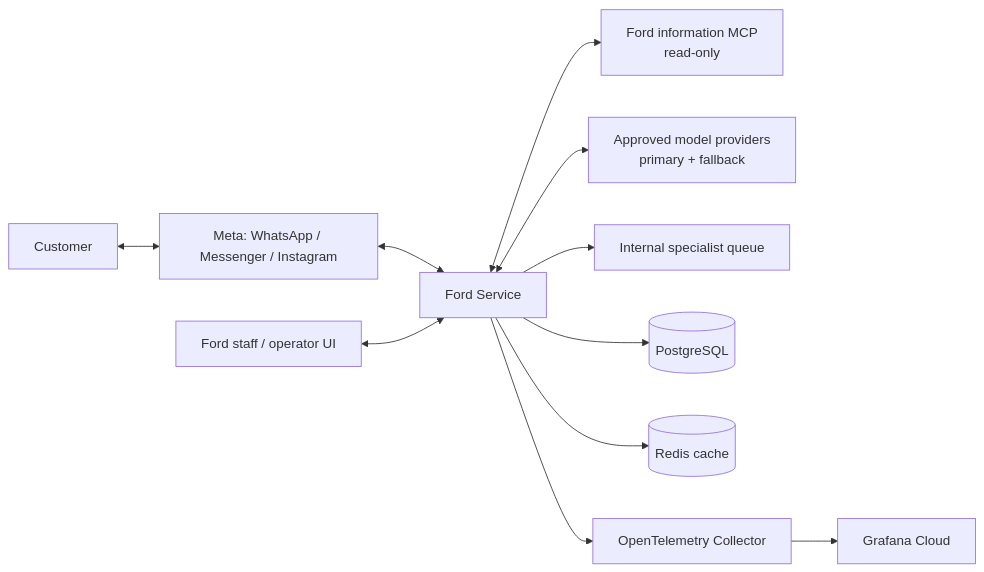
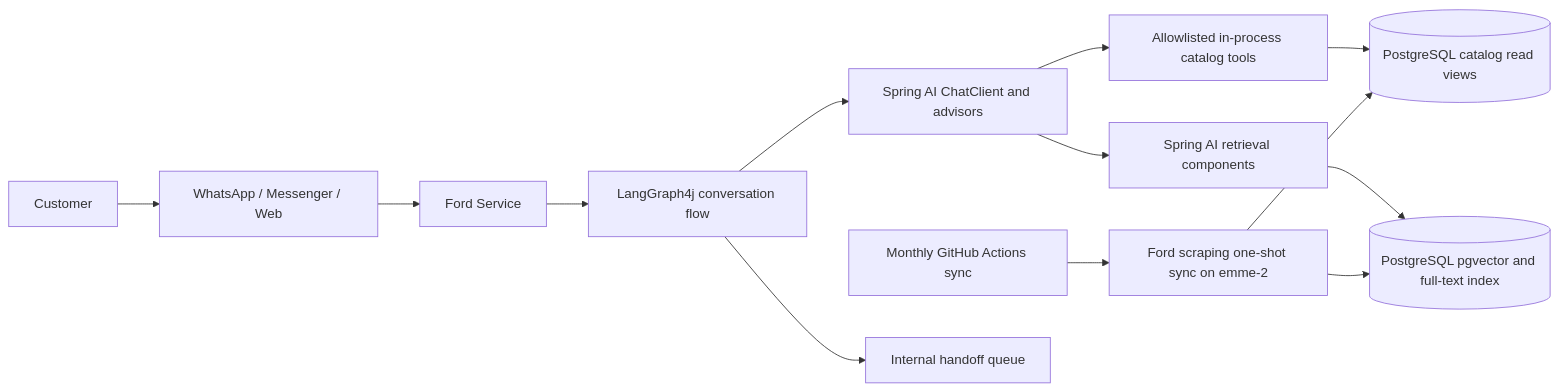
One commit to migangdelzar/Ford-uruapan changed the diagram in docs/architecture/ford-service-enterprise-architecture.md. Above: the diagram before and after it, drawn with Mermaid. The commit also changed other lines of this file and 207 other files, not shown here.

Commit message:
feat(mia): add catalog tools and phase one operations

````diff
--- a/docs/architecture/ford-service-enterprise-architecture.md
+++ b/docs/architecture/ford-service-enterprise-architecture.md
@@ -29,24 +9,15 @@
 ```mermaid
 flowchart LR
-  customer[Customer]
-  meta[Meta: WhatsApp / Messenger / Instagram]
-  service[Ford Service]
-  fordMcp[Ford information MCP<br/>read-only]
-  llm[Approved model providers<br/>primary + fallback]
-  staff[Ford staff / operator UI]
-  queue[Internal specialist queue]
-  data[(PostgreSQL)]
-  cache[(Redis cache)]
-  telemetry[OpenTelemetry Collector]
-  cloud[Grafana Cloud]
-
-  customer <--> meta
-  meta <--> service
-  service <--> fordMcp
-  service <--> llm
-  service --> data
-  service --> cache
-  service --> queue
-  staff <--> service
-  service --> telemetry --> cloud
+  Customer --> Channels[WhatsApp / Messenger / Web]
+  Channels --> Service[Ford Service]
+  Service --> Graph[LangGraph4j conversation flow]
+  Graph --> SpringAI[Spring AI ChatClient and advisors]
+  SpringAI --> Tools[Allowlisted in-process catalog tools]
+  SpringAI --> RAG[Spring AI retrieval components]
+  Tools --> Catalog[(PostgreSQL catalog read views)]
+  RAG --> Knowledge[(PostgreSQL pgvector and full-text index)]
+  Sync[Monthly GitHub Actions sync] --> Scraper[Ford scraping one-shot sync on emme-2]
+  Scraper --> Catalog
+  Scraper --> Knowledge
+  Graph --> Handoff[Internal handoff queue]
 ```
````
